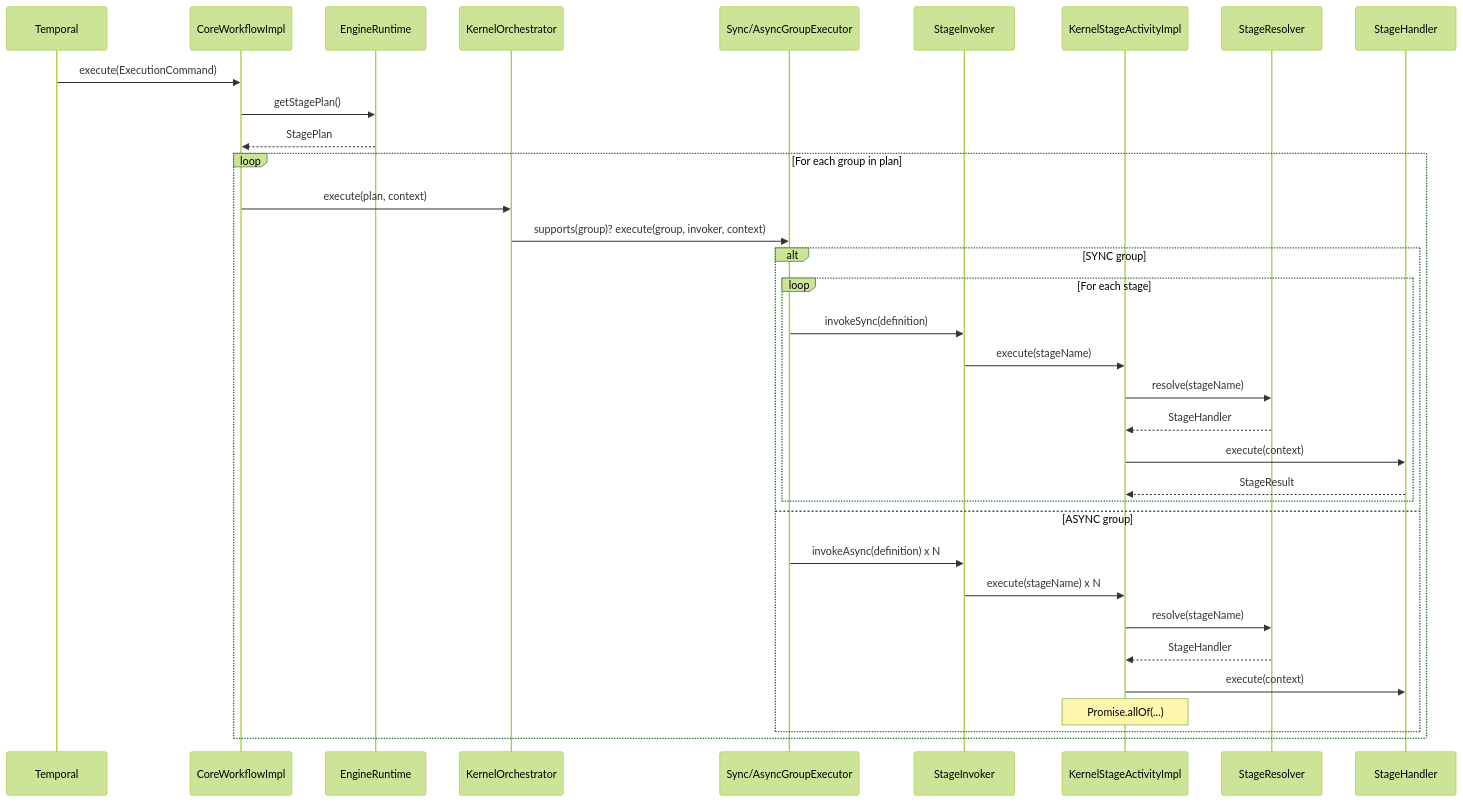
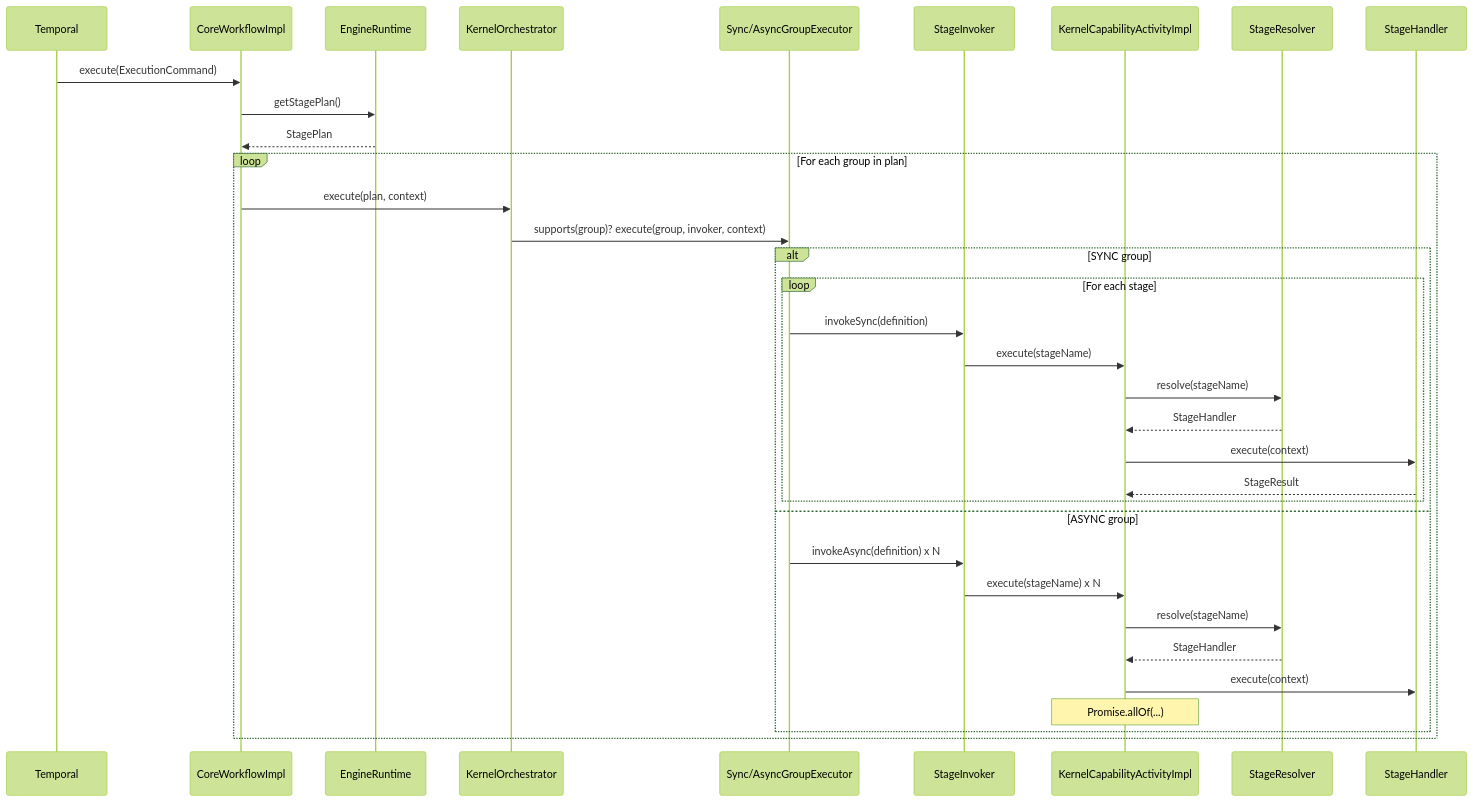
Before and after one commit to OpenLLMOrchestrator/Open-LLM-Orchestrator-Worker: the fifth of 7 diagrams in docs/architecture.md, drawn with Mermaid (forest theme). The commit also changed other lines of this file and 42 other files, not shown here.

````diff
--- a/docs/architecture.md
+++ b/docs/architecture.md
@@ -233,39 +266,39 @@
 ```mermaid
 sequenceDiagram
     participant Temporal
     participant Workflow as CoreWorkflowImpl
     participant Runtime as EngineRuntime
     participant Orch as KernelOrchestrator
     participant Exec as Sync/AsyncGroupExecutor
     participant Invoker as StageInvoker
-    participant Activity as KernelStageActivityImpl
+    participant Activity as KernelCapabilityActivityImpl
     participant Resolver as StageResolver
     participant Handler as StageHandler
 
     Temporal->>Workflow: execute(ExecutionCommand)
     Workflow->>Runtime: getStagePlan()
     Runtime-->>Workflow: StagePlan
 
     loop For each group in plan
         Workflow->>Orch: execute(plan, context)
         Orch->>Exec: supports(group)? execute(group, invoker, context)
 
         alt SYNC group
             loop For each stage
                 Exec->>Invoker: invokeSync(definition)
                 Invoker->>Activity: execute(stageName)
                 Activity->>Resolver: resolve(stageName)
                 Resolver-->>Activity: StageHandler
                 Activity->>Handler: execute(context)
                 Handler-->>Activity: StageResult
             end
         else ASYNC group
             Exec->>Invoker: invokeAsync(definition) x N
             Invoker->>Activity: execute(stageName) x N
             Activity->>Resolver: resolve(stageName)
             Resolver-->>Activity: StageHandler
             Activity->>Handler: execute(context)
             Note over Activity: Promise.allOf(...)
         end
     end
 ```
````
